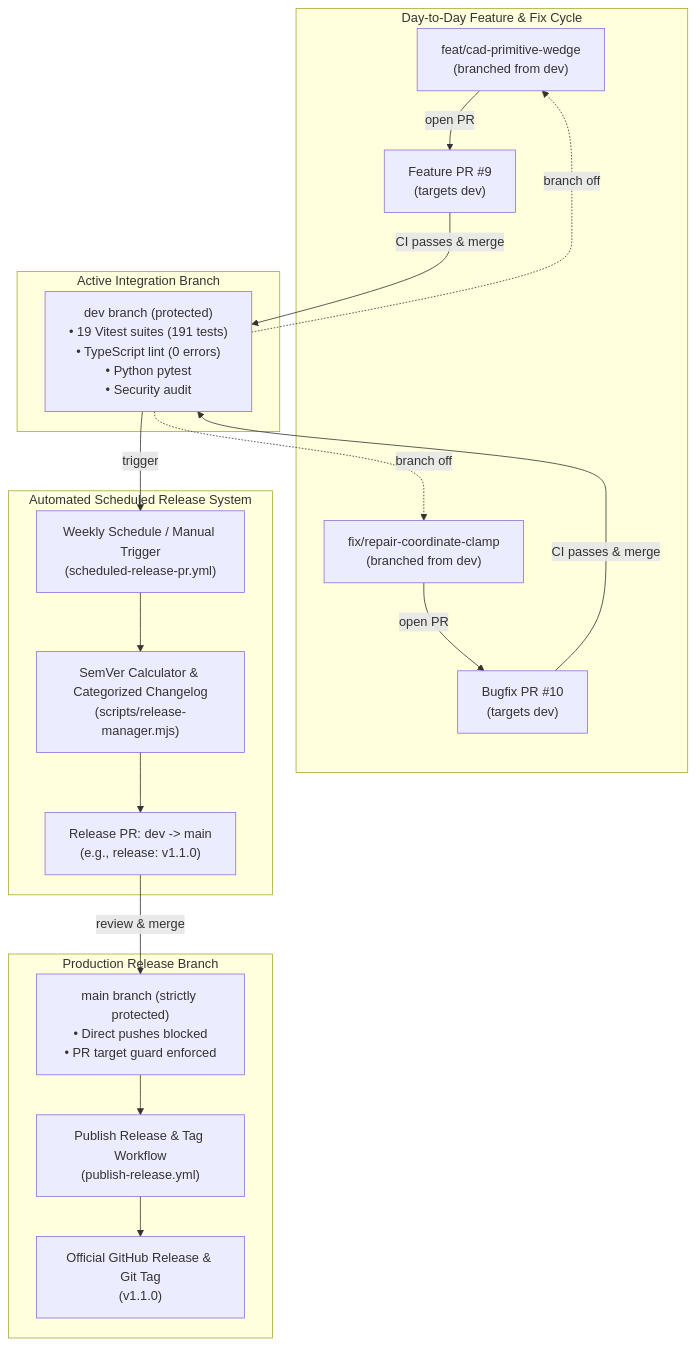
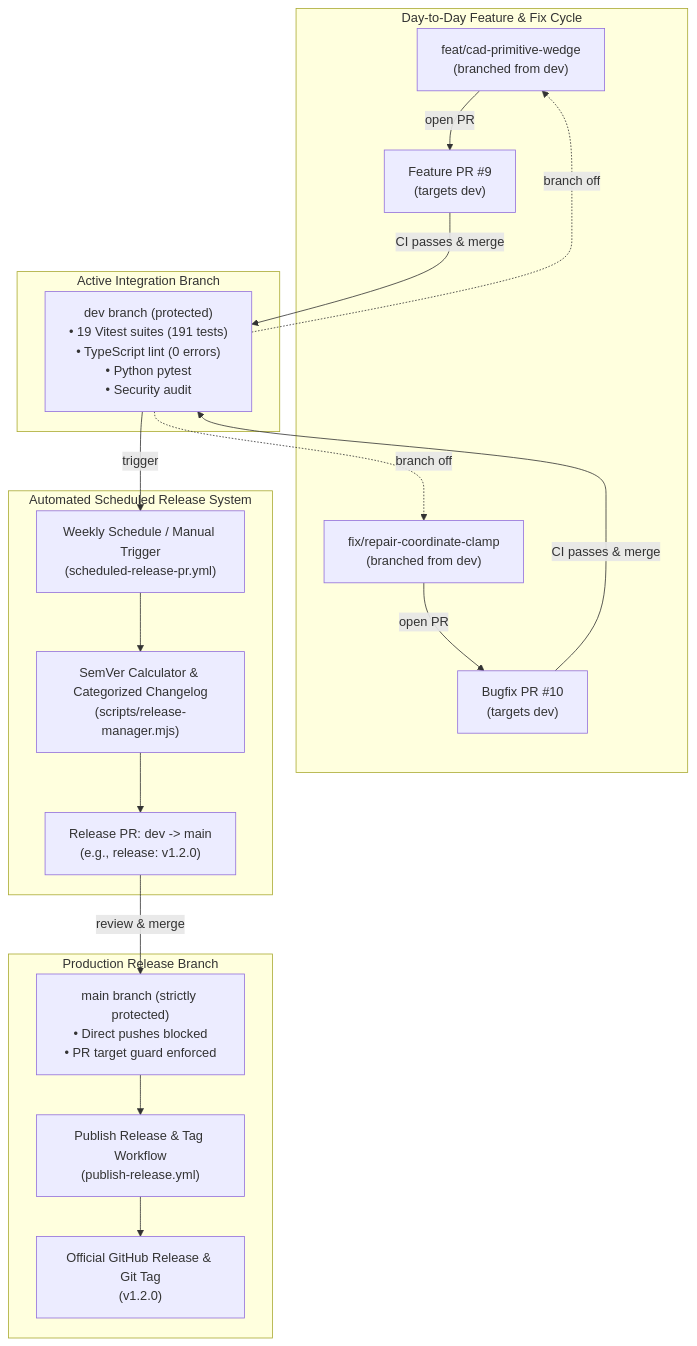
One commit to jimmyjdejesus-cmyk/agentic-cad-usd-brep changed the diagram in docs/BRANCHING_AND_RELEASES.md. Above: the diagram before and after it, drawn with Mermaid. The commit also changed 8 other files, not shown here.

Commit message:
docs(architecture): eliminate phantom paths, sync manifest state, add subsystem data flow diagrams, and update roadmap exit criteria

````diff
--- a/docs/BRANCHING_AND_RELEASES.md
+++ b/docs/BRANCHING_AND_RELEASES.md
@@ -15,39 +15,39 @@
 ```mermaid
 flowchart TD
     subgraph Feature_Dev["Day-to-Day Feature & Fix Cycle"]
         F1["feat/cad-primitive-wedge\n(branched from dev)"]
         F2["fix/repair-coordinate-clamp\n(branched from dev)"]
         PR1["Feature PR #9\n(targets dev)"]
         PR2["Bugfix PR #10\n(targets dev)"]
     end
 
     subgraph Integration_Branch["Active Integration Branch"]
         DEV["dev branch (protected)\n• 19 Vitest suites (191 tests)\n• TypeScript lint (0 errors)\n• Python pytest\n• Security audit"]
     end
 
     subgraph Scheduled_Automation["Automated Scheduled Release System"]
         CronTrigger["Weekly Schedule / Manual Trigger\n(scheduled-release-pr.yml)"]
         SemVerCalc["SemVer Calculator & Categorized Changelog\n(scripts/release-manager.mjs)"]
-        ReleasePR["Release PR: dev -> main\n(e.g., release: v1.1.0)"]
+        ReleasePR["Release PR: dev -> main\n(e.g., release: v1.2.0)"]
     end
 
     subgraph Production_Branch["Production Release Branch"]
         MAIN["main branch (strictly protected)\n• Direct pushes blocked\n• PR target guard enforced"]
         TagAction["Publish Release & Tag Workflow\n(publish-release.yml)"]
-        GHRelease["Official GitHub Release & Git Tag\n(v1.1.0)"]
+        GHRelease["Official GitHub Release & Git Tag\n(v1.2.0)"]
     end
 
     DEV -.->|branch off| F1
     DEV -.->|branch off| F2
     F1 -->|open PR| PR1
     F2 -->|open PR| PR2
     PR1 -->|CI passes & merge| DEV
     PR2 -->|CI passes & merge| DEV
 
     DEV -->|trigger| CronTrigger
     CronTrigger --> SemVerCalc
     SemVerCalc --> ReleasePR
     ReleasePR -->|review & merge| MAIN
     MAIN --> TagAction
     TagAction --> GHRelease
 ```
````
